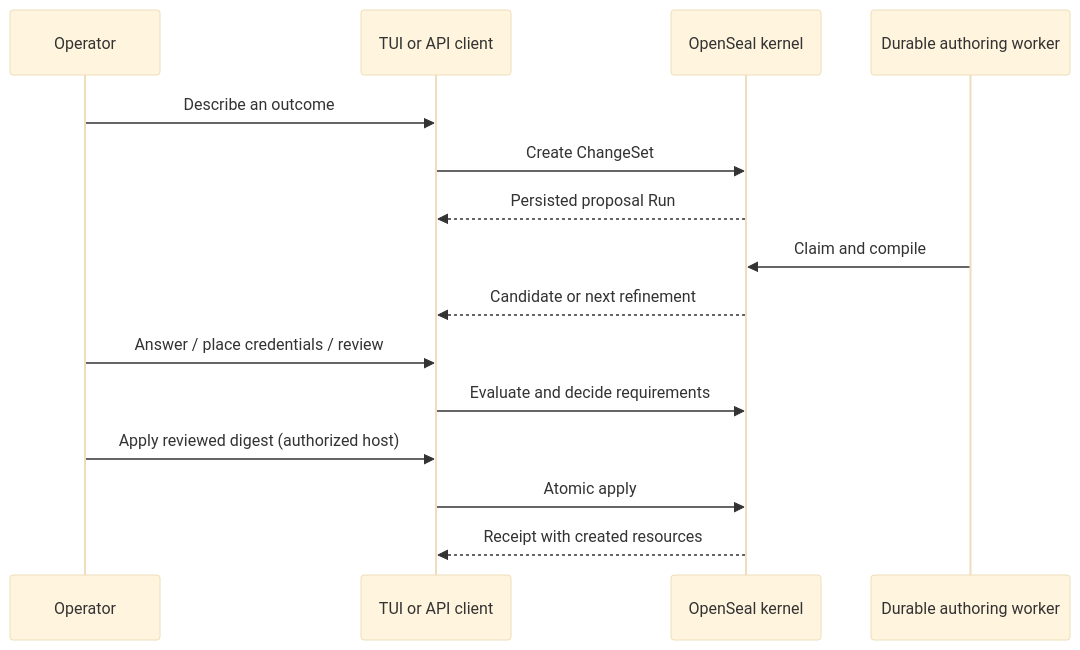
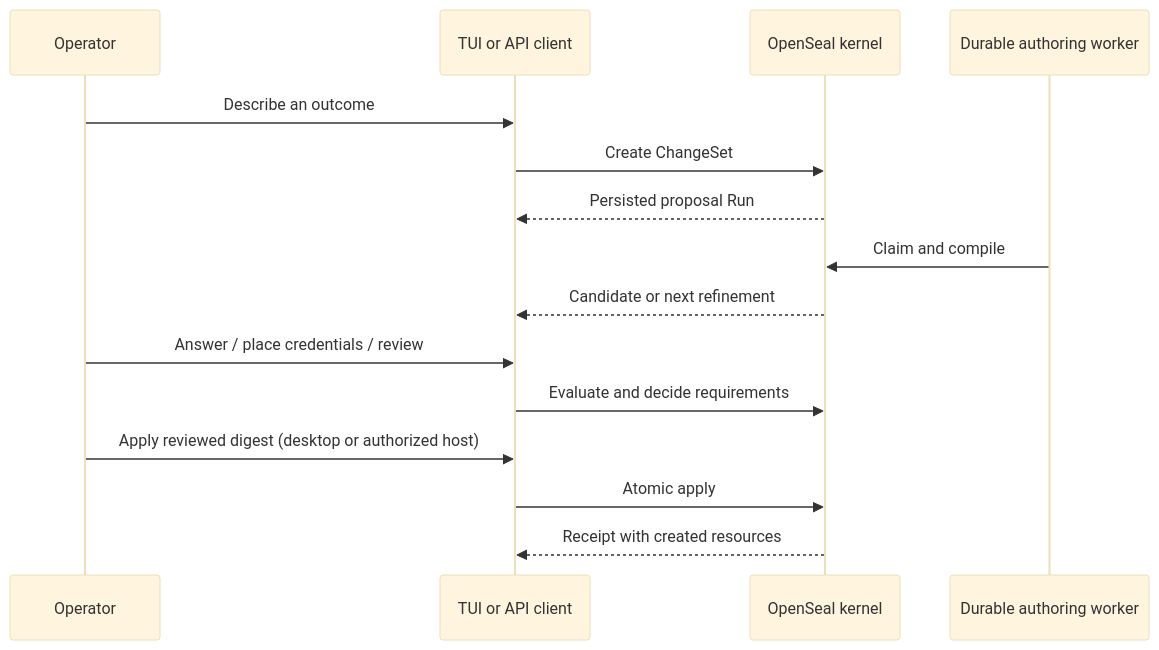
The diagram in docs/dev-docs/getting-started.md (axiom-studio/openseal), drawn with Mermaid (base theme) before and after one commit. The commit also changed other lines of this file and 15 other files, not shown here.

````diff
--- a/docs/dev-docs/getting-started.md
+++ b/docs/dev-docs/getting-started.md
@@ -118,18 +118,18 @@
 ```mermaid
 sequenceDiagram
     participant U as Operator
     participant C as TUI or API client
     participant K as OpenSeal kernel
     participant W as Durable authoring worker
 
     U->>C: Describe an outcome
     C->>K: Create ChangeSet
     K-->>C: Persisted proposal Run
     W->>K: Claim and compile
     K-->>C: Candidate or next refinement
     U->>C: Answer / place credentials / review
     C->>K: Evaluate and decide requirements
-    U->>C: Apply reviewed digest (authorized host)
+    U->>C: Apply reviewed digest (desktop or authorized host)
     C->>K: Atomic apply
     K-->>C: Receipt with created resources
 ```
````
